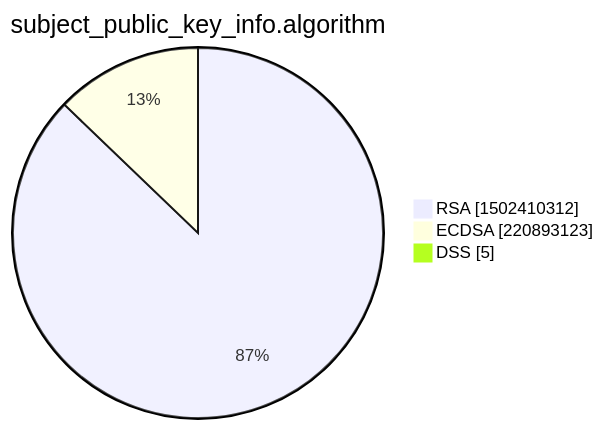
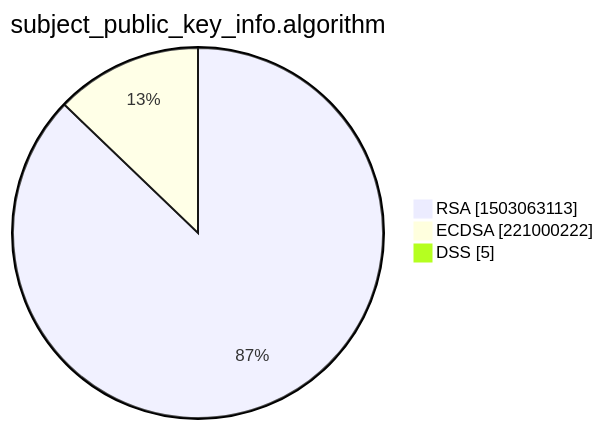
The third of 15 diagrams in xenon2022/README.md (christiankrug/ctmonitor_visualization), drawn with Mermaid before and after one commit. The commit also changed other lines of this file, not shown here.

````diff
--- a/xenon2022/README.md
+++ b/xenon2022/README.md
@@ -14,7 +14,7 @@
 ```mermaid
 pie showData
 title subject_public_key_info.algorithm
-"RSA" :1502410312
-"ECDSA" :220893123
+"RSA" :1503063113
+"ECDSA" :221000222
 "DSS" :5
 ```
````
